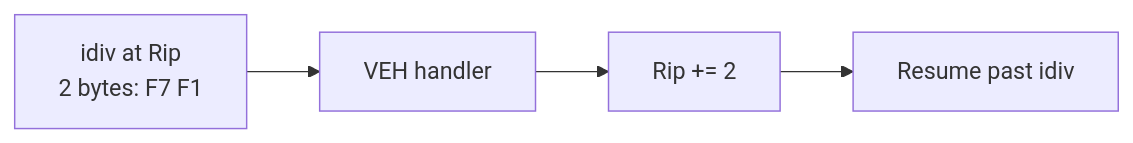
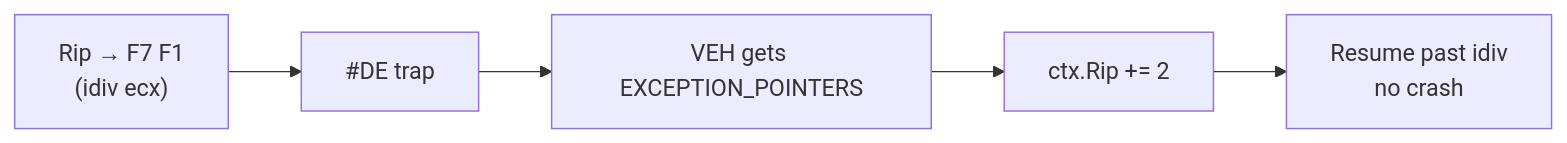
The diagram in slides/pages/02-veh-basics.md (wosienko/NoExceptions), drawn with Mermaid before and after one commit. The commit also changed other lines of this file and 5 other files, not shown here.

````diff
--- a/slides/pages/02-veh-basics.md
+++ b/slides/pages/02-veh-basics.md
@@ -42,6 +133,7 @@
-```mermaid {scale: 0.75}
+```mermaid {scale: 0.72}
 flowchart LR
-    A["idiv at Rip<br/>2 bytes: F7 F1"] --> B[VEH handler]
-    B --> C["Rip += 2"]
-    C --> D[Resume past idiv]
+    A["Rip → F7 F1<br/>(idiv ecx)"] --> B["#DE trap"]
+    B --> C["VEH gets EXCEPTION_POINTERS"]
+    C --> D["ctx.Rip += 2"]
+    D --> E["Resume past idiv<br/>no crash"]
 ```
````
